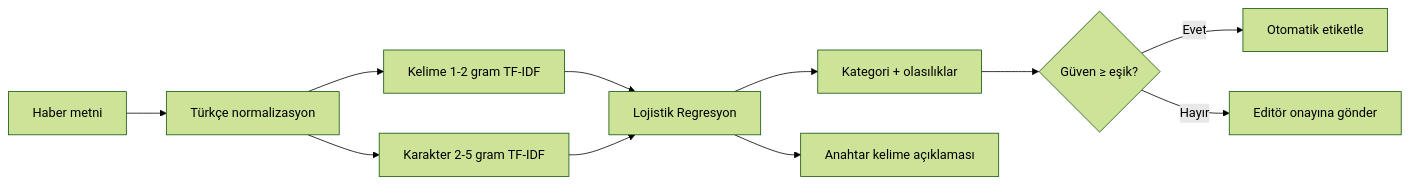
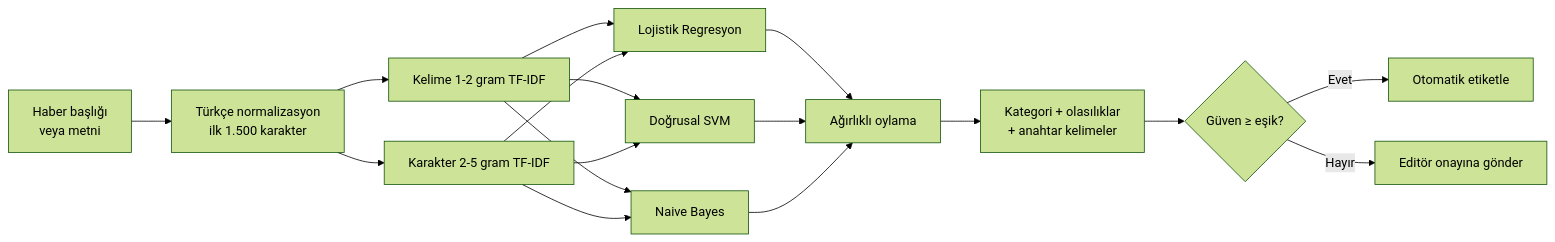
One commit to kilicchalitt/haberlens changed the diagram in README.md. Above: the diagram before and after it, drawn with Mermaid (forest theme). The commit also changed other lines of this file, not shown here.

````diff
--- a/README.md
+++ b/README.md
@@ -209,12 +280,14 @@
 ```mermaid
 flowchart LR
-    A[Haber metni] --> B[Türkçe normalizasyon]
+    A[Haber başlığı<br/>veya metni] --> B[Türkçe normalizasyon<br/>ilk 1.500 karakter]
     B --> C1[Kelime 1-2 gram TF-IDF]
     B --> C2[Karakter 2-5 gram TF-IDF]
-    C1 & C2 --> D[Lojistik Regresyon]
-    D --> E[Kategori + olasılıklar]
-    D --> F[Anahtar kelime açıklaması]
+    C1 & C2 --> M1[Lojistik Regresyon]
+    C1 & C2 --> M2[Doğrusal SVM]
+    C1 & C2 --> M3[Naive Bayes]
+    M1 & M2 & M3 --> V[Ağırlıklı oylama]
+    V --> E[Kategori + olasılıklar<br/>+ anahtar kelimeler]
     E --> G{Güven ≥ eşik?}
     G -- Evet --> H[Otomatik etiketle]
     G -- Hayır --> I[Editör onayına gönder]
 ```
````
